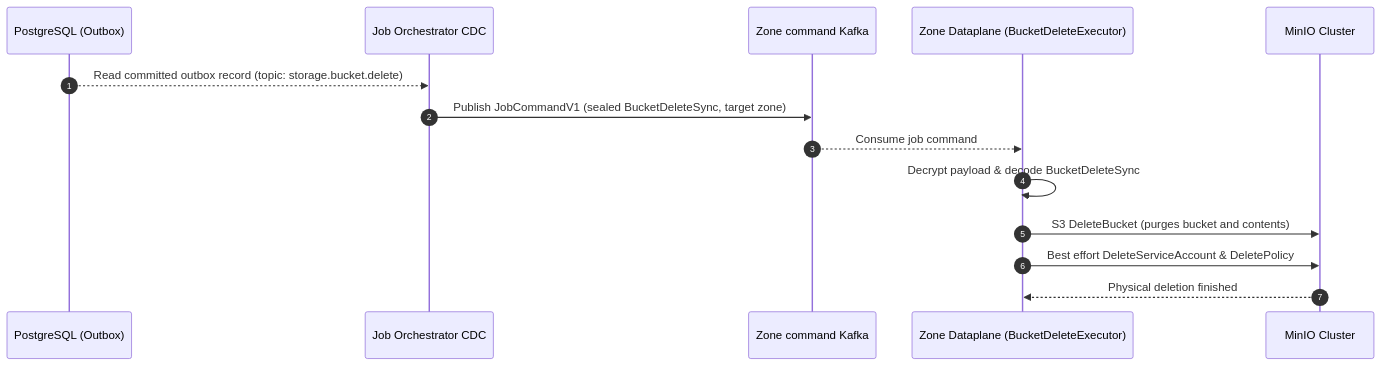
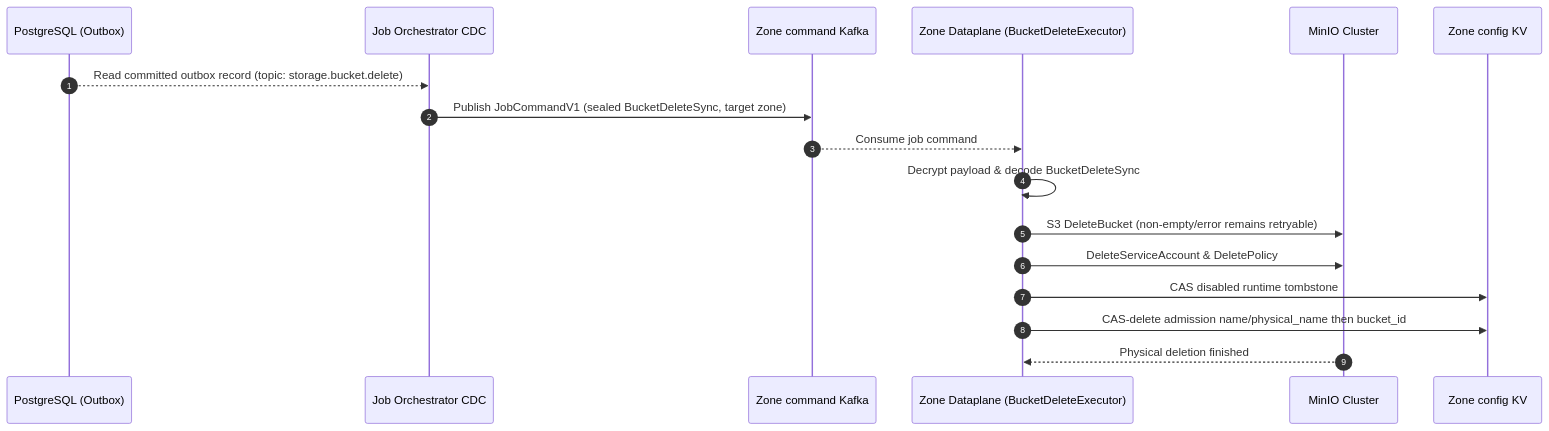
Before and after one commit to phucle996/aurora: the third of 6 diagrams in god_view/storage/personal_bucket_delete_god_view_workflow.md, drawn with Mermaid. The commit also changed other lines of this file and 94 other files, not shown here.

Commit message:
feat(storage): move runtime reads and admission to zone authority

````diff
--- a/god_view/storage/personal_bucket_delete_god_view_workflow.md
+++ b/god_view/storage/personal_bucket_delete_god_view_workflow.md
@@ -134,17 +145,20 @@
 ```mermaid
 sequenceDiagram
     autonumber
     participant PG as PostgreSQL (Outbox)
     participant JO as Job Orchestrator CDC
     participant KC as Zone command Kafka
     participant DP as Zone Dataplane (BucketDeleteExecutor)
     participant M as MinIO Cluster
+    participant KV as Zone config KV
 
     PG-->>JO: Read committed outbox record (topic: storage.bucket.delete)
     JO->>KC: Publish JobCommandV1 (sealed BucketDeleteSync, target zone)
     KC-->>DP: Consume job command
     DP->>DP: Decrypt payload & decode BucketDeleteSync
-    DP->>M: S3 DeleteBucket (purges bucket and contents)
-    DP->>M: Best effort DeleteServiceAccount & DeletePolicy
+    DP->>M: S3 DeleteBucket (non-empty/error remains retryable)
+    DP->>M: DeleteServiceAccount & DeletePolicy
+    DP->>KV: CAS disabled runtime tombstone
+    DP->>KV: CAS-delete admission name/physical_name then bucket_id
     M-->>DP: Physical deletion finished
 ```
````
